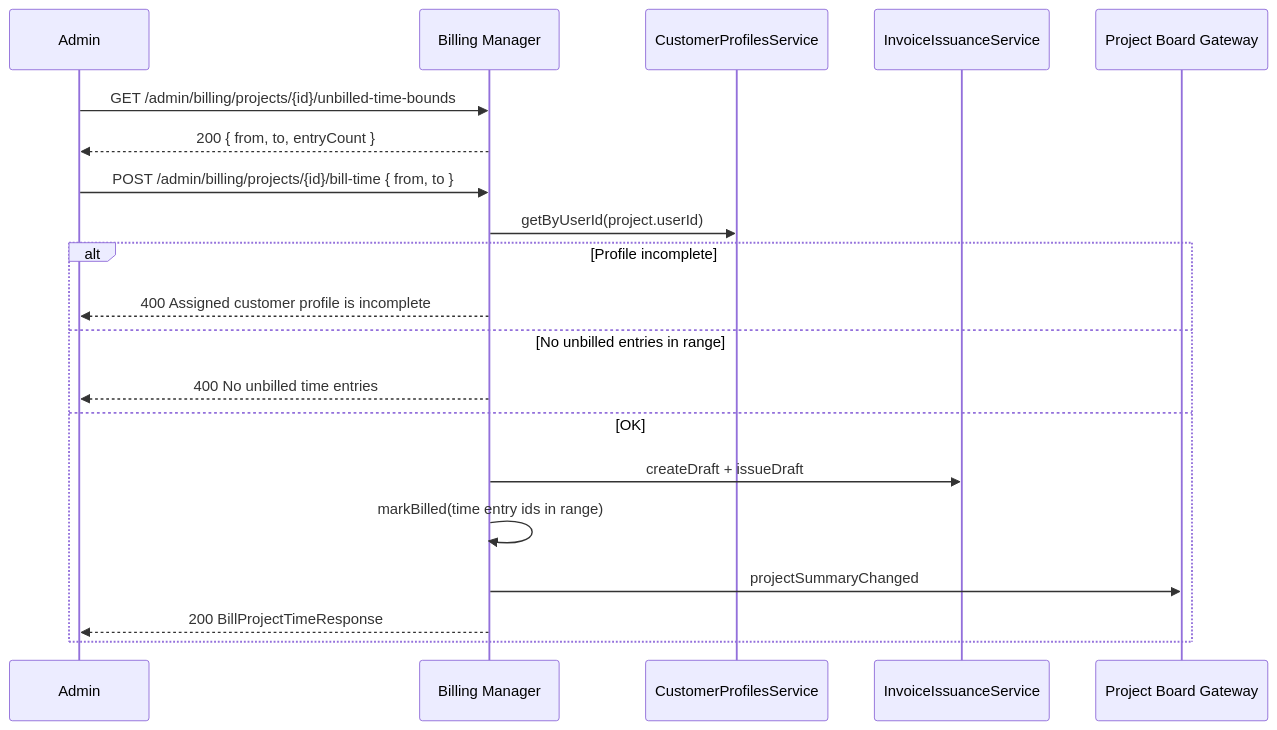
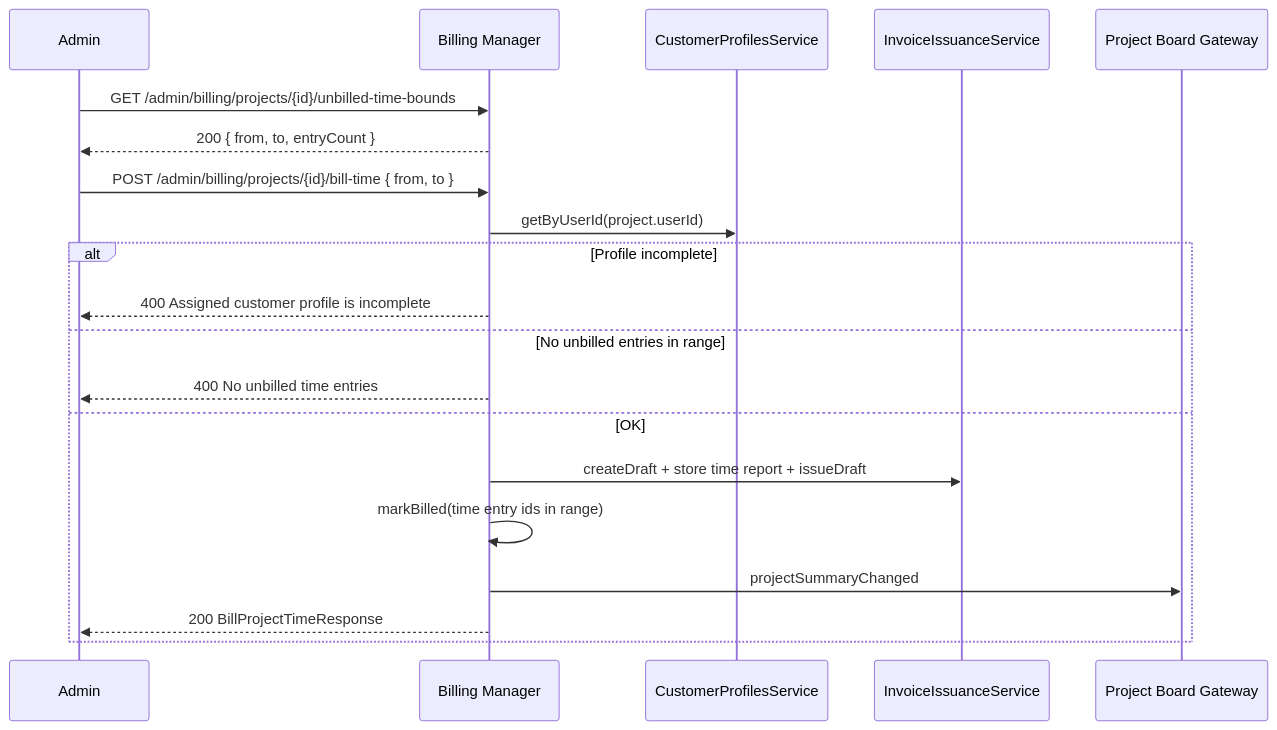
Before and after one commit to forepath/one: the first of 3 diagrams in docs/decabill/features/projects.md, drawn with Mermaid. The commit also changed other lines of this file and 56 other files, not shown here.

````diff
--- a/docs/decabill/features/projects.md
+++ b/docs/decabill/features/projects.md
@@ -126,23 +142,23 @@
 ```mermaid
 sequenceDiagram
     participant Admin
     participant API as Billing Manager
     participant Profile as CustomerProfilesService
     participant Invoice as InvoiceIssuanceService
     participant WS as Project Board Gateway
 
     Admin->>API: GET /admin/billing/projects/{id}/unbilled-time-bounds
     API-->>Admin: 200 { from, to, entryCount }
     Admin->>API: POST /admin/billing/projects/{id}/bill-time { from, to }
     API->>Profile: getByUserId(project.userId)
     alt Profile incomplete
         API-->>Admin: 400 Assigned customer profile is incomplete
     else No unbilled entries in range
         API-->>Admin: 400 No unbilled time entries
     else OK
-        API->>Invoice: createDraft + issueDraft
+        API->>Invoice: createDraft + store time report + issueDraft
         API->>API: markBilled(time entry ids in range)
         API->>WS: projectSummaryChanged
         API-->>Admin: 200 BillProjectTimeResponse
     end
 ```
````
